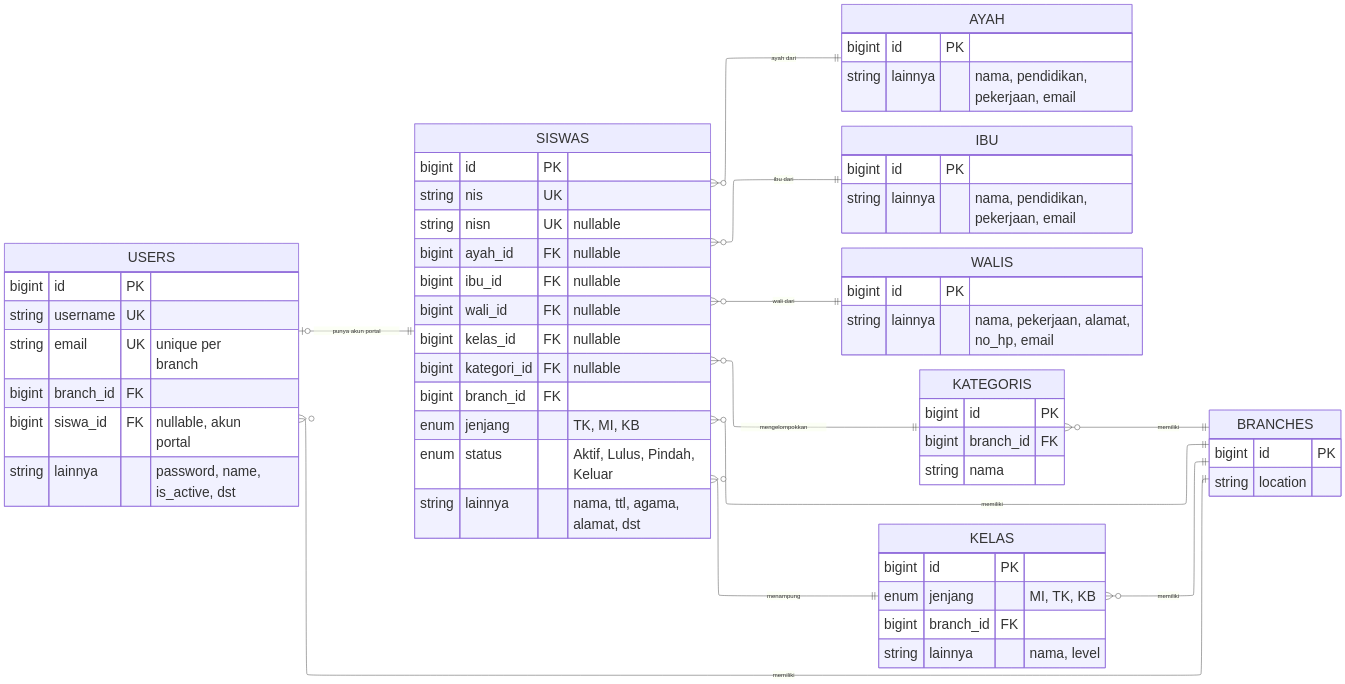
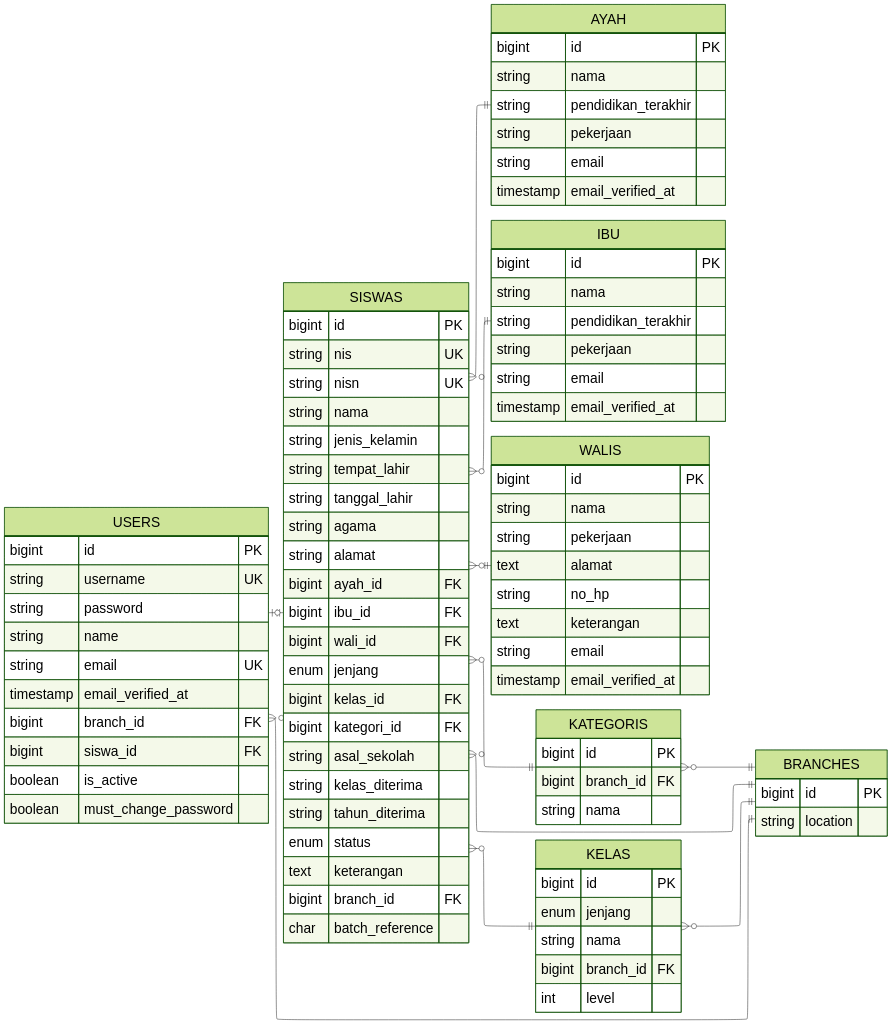
One commit to Fathurrahman-R/Manajemen-Keuangan-dan-SPP-Handayani changed the diagram in document/aset-laporan/mermaid-erd/data-master.mmd. Above: the diagram before and after it, drawn with Mermaid. The commit also changed 14 other files, not shown here.

First line of the commit message:
Rapikan diagram ERD mermaid: hapus label relasi dan komentar atribut, lengkapi kolom tabel yang disingkat

```diff
--- a/document/aset-laporan/mermaid-erd/data-master.mmd
+++ b/document/aset-laporan/mermaid-erd/data-master.mmd
@@ -1,69 +1,99 @@
 %%{
     init: {
+        'theme': 'forest',
         'layout': 'elk',
         'themeVariables': {'fontSize': '32px'},
         'themeCSS': '.edgeLabel, .edgeLabel p { font-size: 32px !important; }'
     }
 }%%
 erDiagram
     direction RL
     BRANCHES {
         bigint id PK
         string location
     }
     USERS {
         bigint id PK
         string username UK
-        string email UK "unique per branch"
+        string password
+        string name
+        string email UK
+        timestamp email_verified_at
         bigint branch_id FK
-        bigint siswa_id FK "nullable, akun portal"
-        string lainnya "password, name, is_active, dst"
+        bigint siswa_id FK
+        boolean is_active
+        boolean must_change_password
     }
     AYAH {
         bigint id PK
-        string lainnya "nama, pendidikan, pekerjaan, email"
+        string nama
+        string pendidikan_terakhir
+        string pekerjaan
+        string email
+        timestamp email_verified_at
     }
     IBU {
         bigint id PK
-        string lainnya "nama, pendidikan, pekerjaan, email"
+        string nama
+        string pendidikan_terakhir
+        string pekerjaan
+        string email
+        timestamp email_verified_at
     }
     WALIS {
         bigint id PK
-        string lainnya "nama, pekerjaan, alamat, no_hp, email"
+        string nama
+        string pekerjaan
+        text alamat
+        string no_hp
+        text keterangan
+        string email
+        timestamp email_verified_at
     }
     KATEGORIS {
         bigint id PK
         bigint branch_id FK
         string nama
     }
     KELAS {
         bigint id PK
-        enum jenjang "MI, TK, KB"
+        enum jenjang
+        string nama
         bigint branch_id FK
-        string lainnya "nama, level"
+        int level
     }
     SISWAS {
         bigint id PK
         string nis UK
-        string nisn UK "nullable"
-        bigint ayah_id FK "nullable"
-        bigint ibu_id FK "nullable"
-        bigint wali_id FK "nullable"
-        bigint kelas_id FK "nullable"
-        bigint kategori_id FK "nullable"
+        string nisn UK
+        string nama
+        string jenis_kelamin
+        string tempat_lahir
+        string tanggal_lahir
+        string agama
+        string alamat
+        bigint ayah_id FK
+        bigint ibu_id FK
+        bigint wali_id FK
+        enum jenjang
+        bigint kelas_id FK
+        bigint kategori_id FK
+        string asal_sekolah
+        string kelas_diterima
+        string tahun_diterima
+        enum status
+        text keterangan
         bigint branch_id FK
-        enum jenjang "TK, MI, KB"
-        enum status "Aktif, Lulus, Pindah, Keluar"
-        string lainnya "nama, ttl, agama, alamat, dst"
+        char batch_reference
     }
 
-    BRANCHES ||--o{ USERS : "memiliki"
-    BRANCHES ||--o{ SISWAS : "memiliki"
-    BRANCHES ||--o{ KELAS : "memiliki"
-    BRANCHES ||--o{ KATEGORIS : "memiliki"
-    AYAH ||--o{ SISWAS : "ayah dari"
-    IBU ||--o{ SISWAS : "ibu dari"
-    WALIS ||--o{ SISWAS : "wali dari"
-    KELAS ||--o{ SISWAS : "menampung"
-    KATEGORIS ||--o{ SISWAS : "mengelompokkan"
-    SISWAS ||--o| USERS : "punya akun portal"
+    BRANCHES ||--o{ USERS : ""
+    BRANCHES ||--o{ SISWAS : ""
+    BRANCHES ||--o{ KELAS : ""
+    BRANCHES ||--o{ KATEGORIS : ""
+    AYAH ||--o{ SISWAS : ""
+    IBU ||--o{ SISWAS : ""
+    WALIS ||--o{ SISWAS : ""
+    KELAS ||--o{ SISWAS : ""
+    KATEGORIS ||--o{ SISWAS : ""
+    SISWAS ||--o| USERS : ""
```
